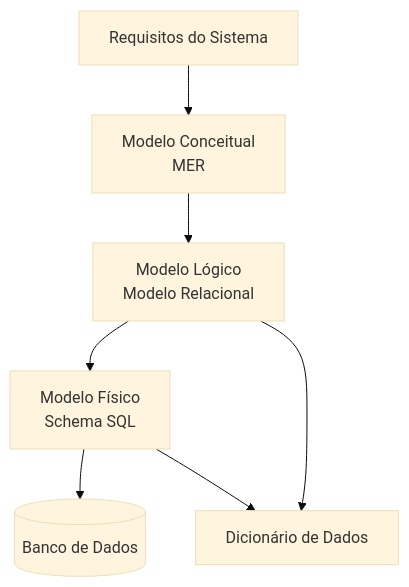
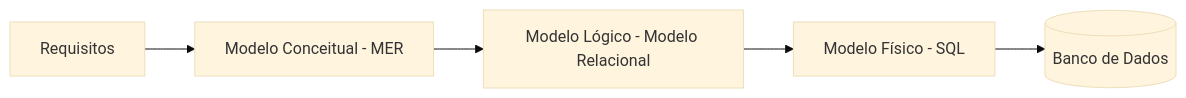
The first of 2 diagrams in docs/architecture/data/data-architecture.md (ivnavalenca/rifa-digital), drawn with Mermaid (base theme) before and after one commit. The commit also changed other lines of this file, not shown here.

````diff
--- a/docs/architecture/data/data-architecture.md
+++ b/docs/architecture/data/data-architecture.md
@@ -19,23 +18,14 @@
-```mermaid
-flowchart TD
+``` mermaid
+flowchart LR
 
-REQ[Requisitos do Sistema]
+A[Requisitos]
+B[Modelo Conceitual - MER]
+C[Modelo Lógico - Modelo Relacional]
+D[Modelo Físico - SQL]
+E[(Banco de Dados)]
 
-MER[Modelo Conceitual<br>MER]
-
-REL[Modelo Lógico<br>Modelo Relacional]
-
-SQL[Modelo Físico<br>Schema SQL]
-
-DB[(Banco de Dados)]
-
-DICT[Dicionário de Dados]
-
-REQ --> MER
-MER --> REL
-REL --> SQL
-SQL --> DB
-
-REL --> DICT
-SQL --> DICT
+A --> B
+B --> C
+C --> D
+D --> E
 ```
````
